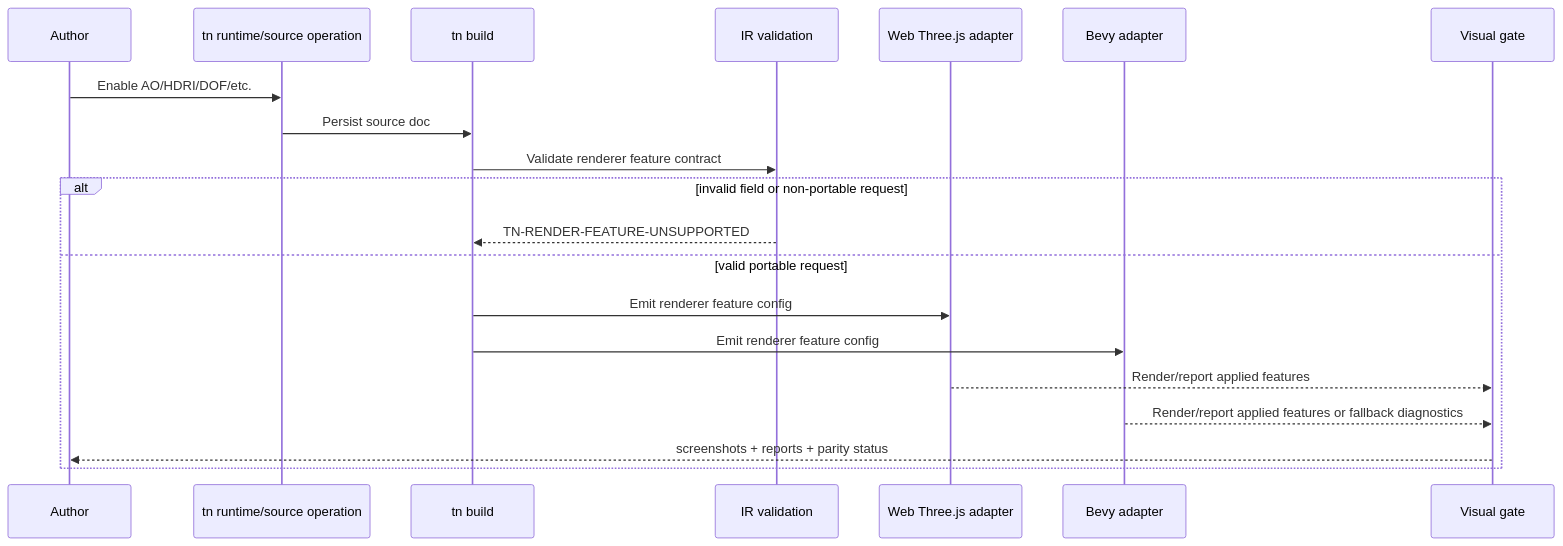
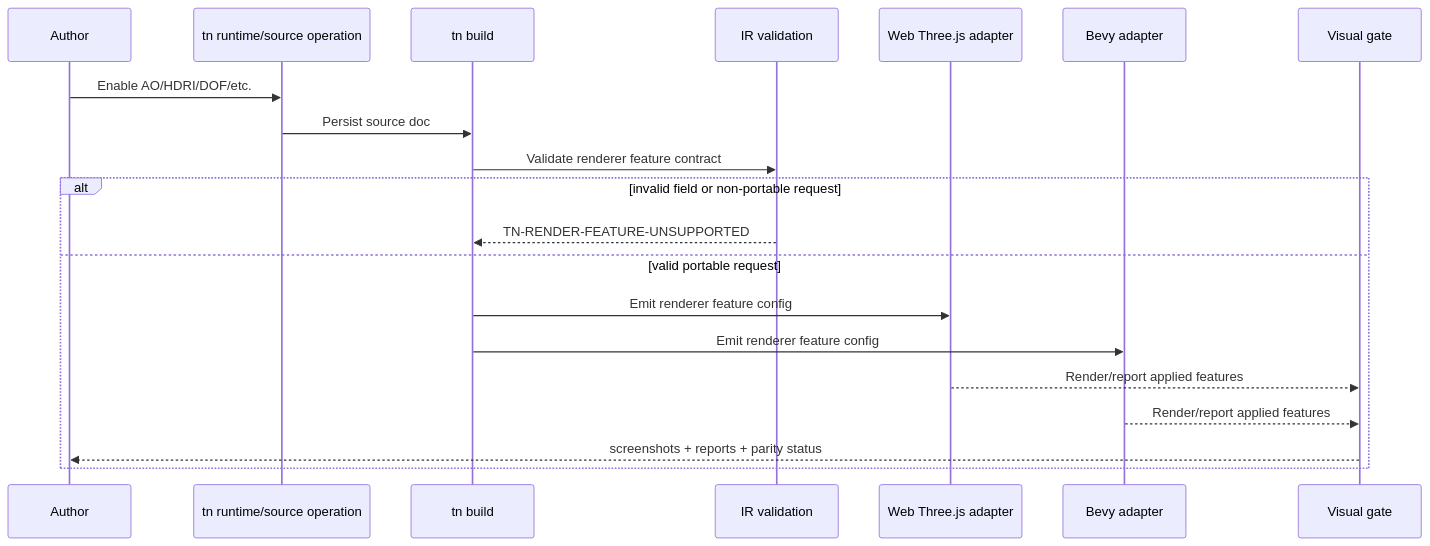
Before and after one commit to jonit-dev/threejs-to-bevy: the diagram in docs/PRDs/proof-first-engine-loop-2026-07-05/PRD-015-portable-photoreal-rendering-and-postprocessing.md, drawn with Mermaid. The commit also changed other lines of this file and 89 other files, not shown here.

````diff
--- a/docs/PRDs/proof-first-engine-loop-2026-07-05/PRD-015-portable-photoreal-rendering-and-postprocessing.md
+++ b/docs/PRDs/proof-first-engine-loop-2026-07-05/PRD-015-portable-photoreal-rendering-and-postprocessing.md
@@ -228,23 +229,23 @@
 ```mermaid
 sequenceDiagram
     participant Author
     participant CLI as tn runtime/source operation
     participant Build as tn build
     participant IR as IR validation
     participant Web as Web Three.js adapter
     participant Bevy as Bevy adapter
     participant Verify as Visual gate
 
     Author->>CLI: Enable AO/HDRI/DOF/etc.
     CLI->>Build: Persist source doc
     Build->>IR: Validate renderer feature contract
     alt invalid field or non-portable request
         IR-->>Build: TN-RENDER-FEATURE-UNSUPPORTED
     else valid portable request
         Build->>Web: Emit renderer feature config
         Build->>Bevy: Emit renderer feature config
         Web-->>Verify: Render/report applied features
-        Bevy-->>Verify: Render/report applied features or fallback diagnostics
+        Bevy-->>Verify: Render/report applied features
         Verify-->>Author: screenshots + reports + parity status
     end
 ```
````
